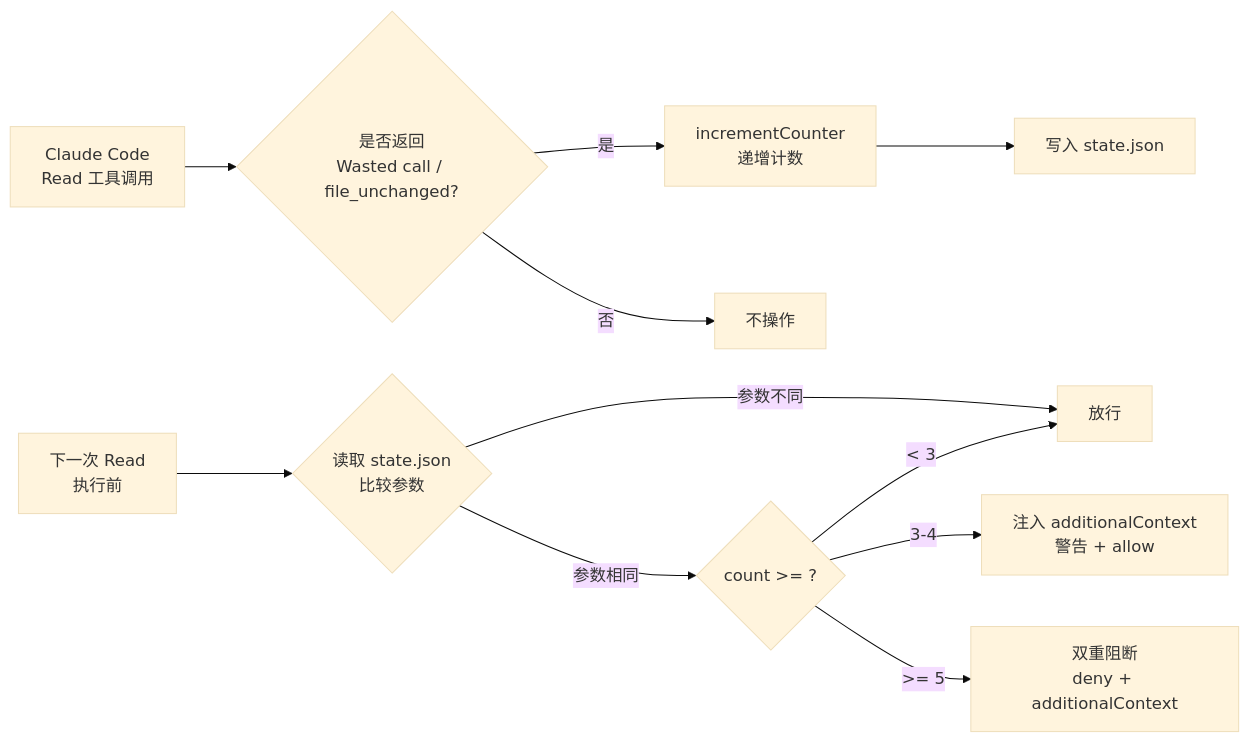
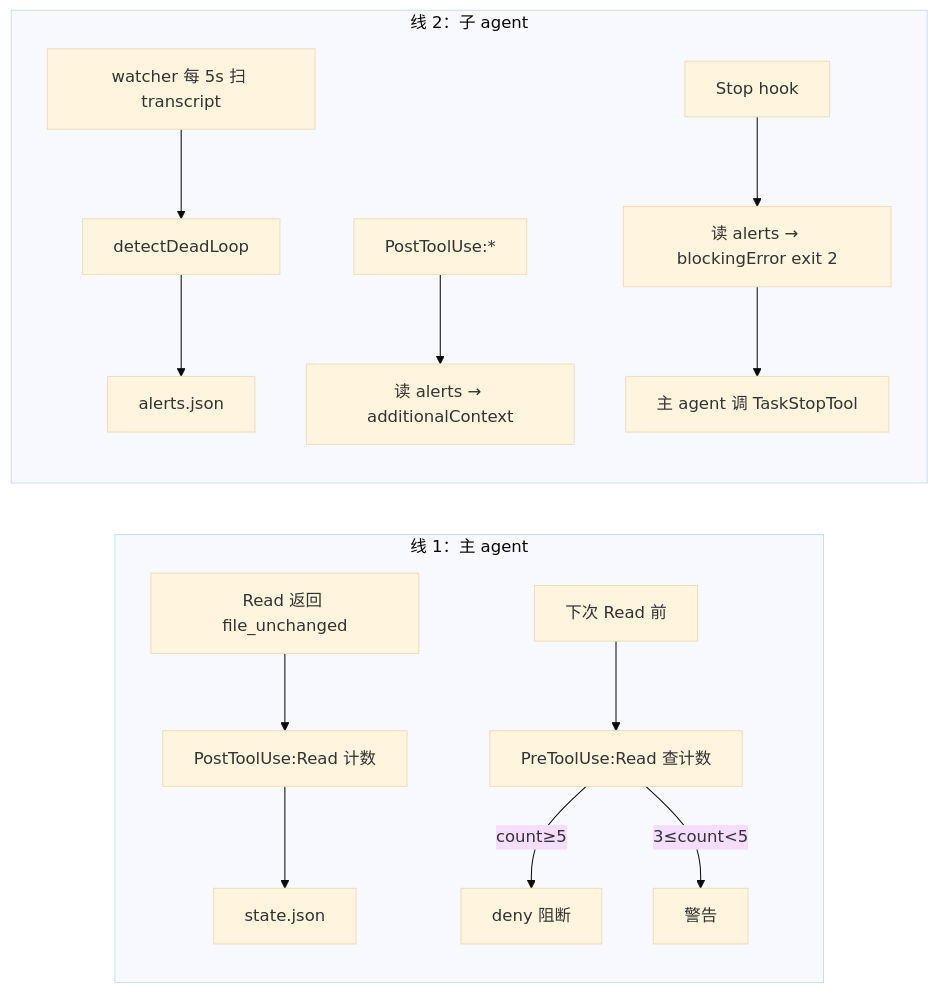
The seventh of 9 diagrams in docs/3. Workflow Overview.md (Lionad-Morotar/cc-break-dead-loop), drawn with Mermaid (base theme) before and after one commit. The commit also changed other lines of this file and 15 other files, not shown here.

````diff
--- a/docs/3. Workflow Overview.md
+++ b/docs/3. Workflow Overview.md
@@ -135,13 +204,18 @@
 ```mermaid
 flowchart LR
-  A[Claude Code<br/>Read 工具调用] --> B{是否返回<br/>Wasted call / file_unchanged?}
-  B -->|是| C[incrementCounter<br/>递增计数]
-  B -->|否| D[不操作]
-  C --> E[写入 state.json]
-  F[下一次 Read<br/>执行前] --> G{读取 state.json<br/>比较参数}
-  G -->|参数不同| H[放行]
-  G -->|参数相同| I{count >= ?}
-  I -->|< 3| H
-  I -->|3-4| J[注入 additionalContext<br/>警告 + allow]
-  I -->|>= 5| K[双重阻断<br/>deny + additionalContext]
+  subgraph 线1[线 1：主 agent]
+    A1[Read 返回 file_unchanged] --> B1[PostToolUse:Read 计数]
+    B1 --> C1[state.json]
+    D1[下次 Read 前] --> E1[PreToolUse:Read 查计数]
+    E1 -->|count≥5| F1[deny 阻断]
+    E1 -->|3≤count<5| G1[警告]
+  end
+
+  subgraph 线2[线 2：子 agent]
+    A2[watcher 每 5s 扫 transcript] --> B2[detectDeadLoop]
+    B2 --> C2[alerts.json]
+    D2[PostToolUse:*] --> E2[读 alerts → additionalContext]
+    F2[Stop hook] --> G2[读 alerts → blockingError exit 2]
+    G2 --> H2[主 agent 调 TaskStopTool]
+  end
 ```
````
